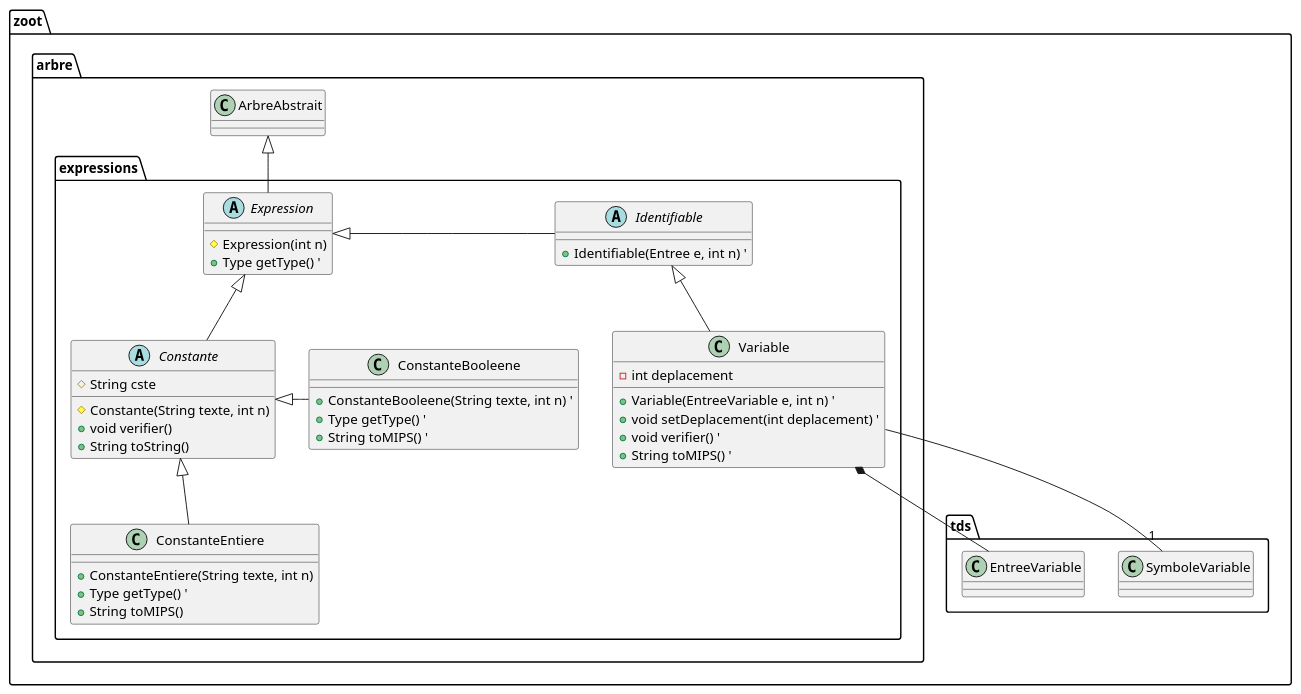
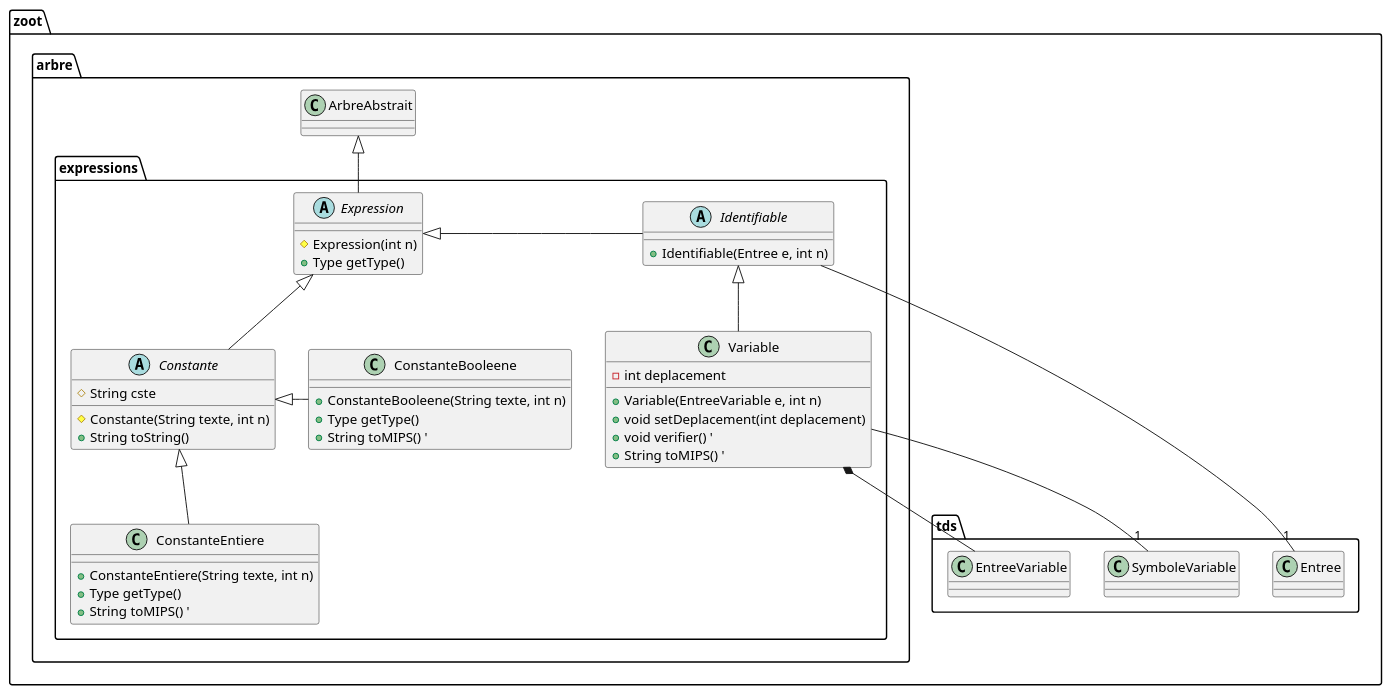
The diagram in diagrammes/classe/expressions.puml (lmtb06/zoot), drawn with PlantUML before and after one commit. The commit also changed 12 other files, not shown here.

Commit message:
LigneDecorator sur Entree au lieu de EntreeVariable. Fin de l'implémentation de la TDS (?) Le package zoot.arbre.expressions implémenté en partie.

```diff
--- a/diagrammes/classe/expressions.puml
+++ b/diagrammes/classe/expressions.puml
@@ -1,51 +1,51 @@
 @startuml "Package expressions"
 namespace zoot.arbre.expressions {
     ' Includes
     ' Classes
     abstract class Expression {
         # Expression(int n)
-        + Type getType() '
+        + Type getType()
     }
 
     abstract class Constante {
         # String cste
         # Constante(String texte, int n)
-        + void verifier()
         + String toString()
     }
 
     class ConstanteEntiere {
         + ConstanteEntiere(String texte, int n)
-        + Type getType() '
-        + String toMIPS()
+        + Type getType()
+        + String toMIPS() '
     }
 
     class ConstanteBooleene {
-        + ConstanteBooleene(String texte, int n) '
-        + Type getType() '
+        + ConstanteBooleene(String texte, int n)
+        + Type getType()
         + String toMIPS() '
 
     }
 
     abstract class Identifiable {
-        + Identifiable(Entree e, int n) '
+        + Identifiable(Entree e, int n)
     }
 
     class Variable {
         - int deplacement
-        + Variable(EntreeVariable e, int n) '
-        + void setDeplacement(int deplacement) '
+        + Variable(EntreeVariable e, int n)
+        + void setDeplacement(int deplacement)
         + void verifier() '
         + String toMIPS() '
     }
     ' Relations entre les classes
     Expression -up-|> zoot.arbre.ArbreAbstrait
     Constante -up-|> Expression
     ConstanteEntiere -up-|> Constante
     ConstanteBooleene -right-|> Constante
+    Identifiable --"1" zoot.tds.Entree
     Identifiable -right-|> Expression
     Variable -up-|> Identifiable
     Variable --"1" zoot.tds.SymboleVariable
     Variable *-- zoot.tds.EntreeVariable
 }
 @enduml
```
